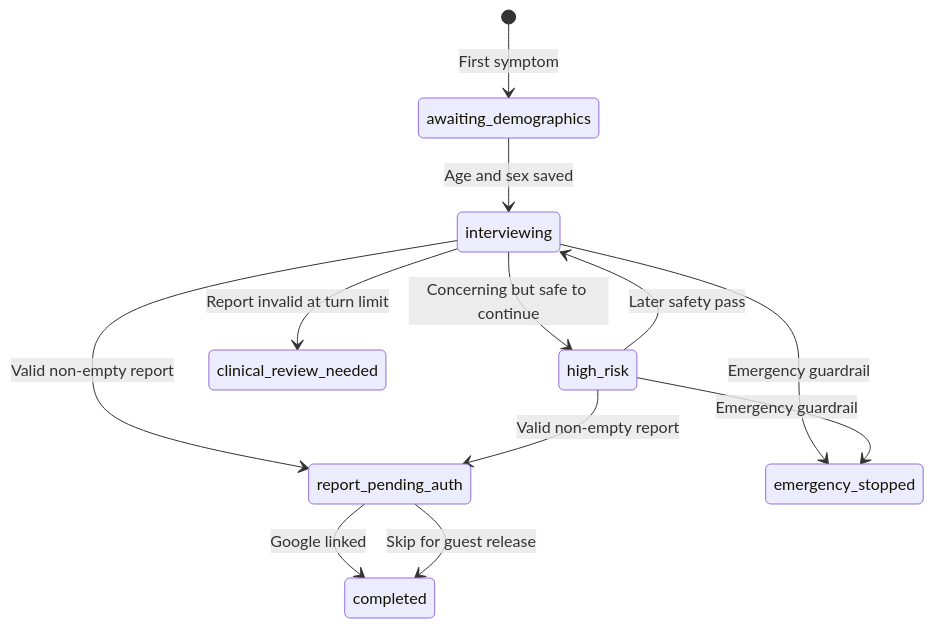
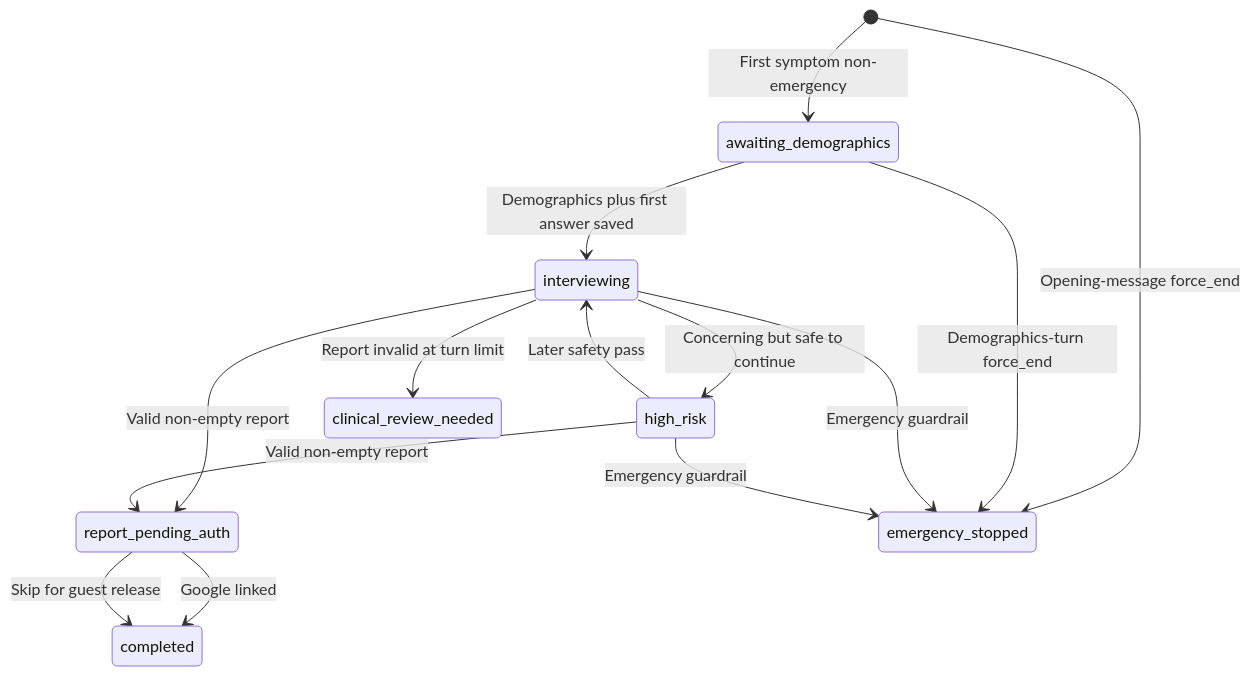
One commit to sakshamagrawal1993/saksham-agrawal-Portfolio-2 changed the diagram in docs/libertymd/CARE-ARCHITECTURE.md. Above: the diagram before and after it, drawn with Mermaid. The commit also changed other lines of this file and 299 other files, not shown here.

````diff
--- a/docs/libertymd/CARE-ARCHITECTURE.md
+++ b/docs/libertymd/CARE-ARCHITECTURE.md
@@ -9,14 +24,16 @@
 ```mermaid
 stateDiagram-v2
-    [*] --> awaiting_demographics: First symptom
-    awaiting_demographics --> interviewing: Age and sex saved
+    [*] --> awaiting_demographics: First symptom non-emergency
+    awaiting_demographics --> interviewing: Demographics plus first answer saved
     interviewing --> high_risk: Concerning but safe to continue
     high_risk --> interviewing: Later safety pass
     interviewing --> report_pending_auth: Valid non-empty report
     high_risk --> report_pending_auth: Valid non-empty report
     report_pending_auth --> completed: Google linked
     report_pending_auth --> completed: Skip for guest release
+    [*] --> emergency_stopped: Opening-message force_end
+    awaiting_demographics --> emergency_stopped: Demographics-turn force_end
     interviewing --> emergency_stopped: Emergency guardrail
     high_risk --> emergency_stopped: Emergency guardrail
     interviewing --> clinical_review_needed: Report invalid at turn limit
 ```
````
